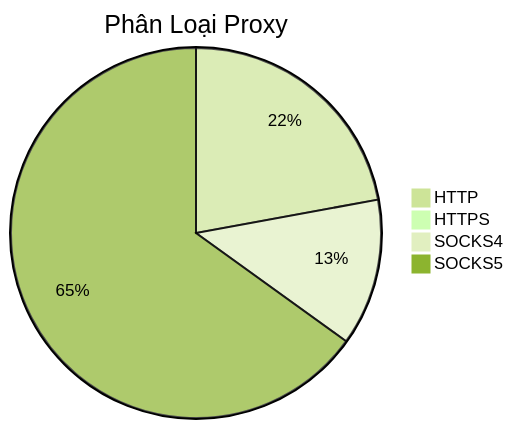
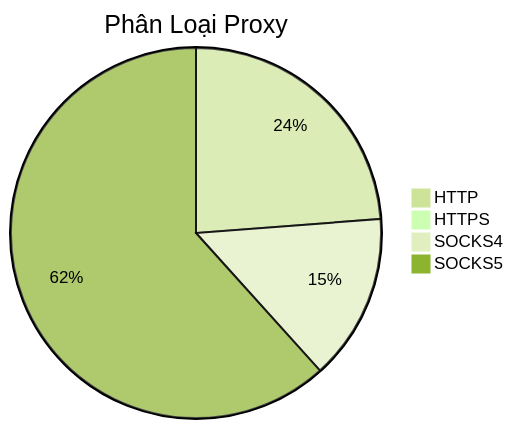
One commit to Ciara-12/PROXY-free changed the diagram in README.md. Above: the diagram before and after it, drawn with Mermaid (forest theme). The commit also changed other lines of this file and 3 other files, not shown here.

````diff
--- a/README.md
+++ b/README.md
@@ -26,7 +26,7 @@
 ```mermaid
 pie title Phân Loại Proxy
-    "HTTP" : 467
+    "HTTP" : 535
     "HTTPS" : 1
-    "SOCKS4" : 271
-    "SOCKS5" : 1374
+    "SOCKS4" : 327
+    "SOCKS5" : 1387
 ```
````
